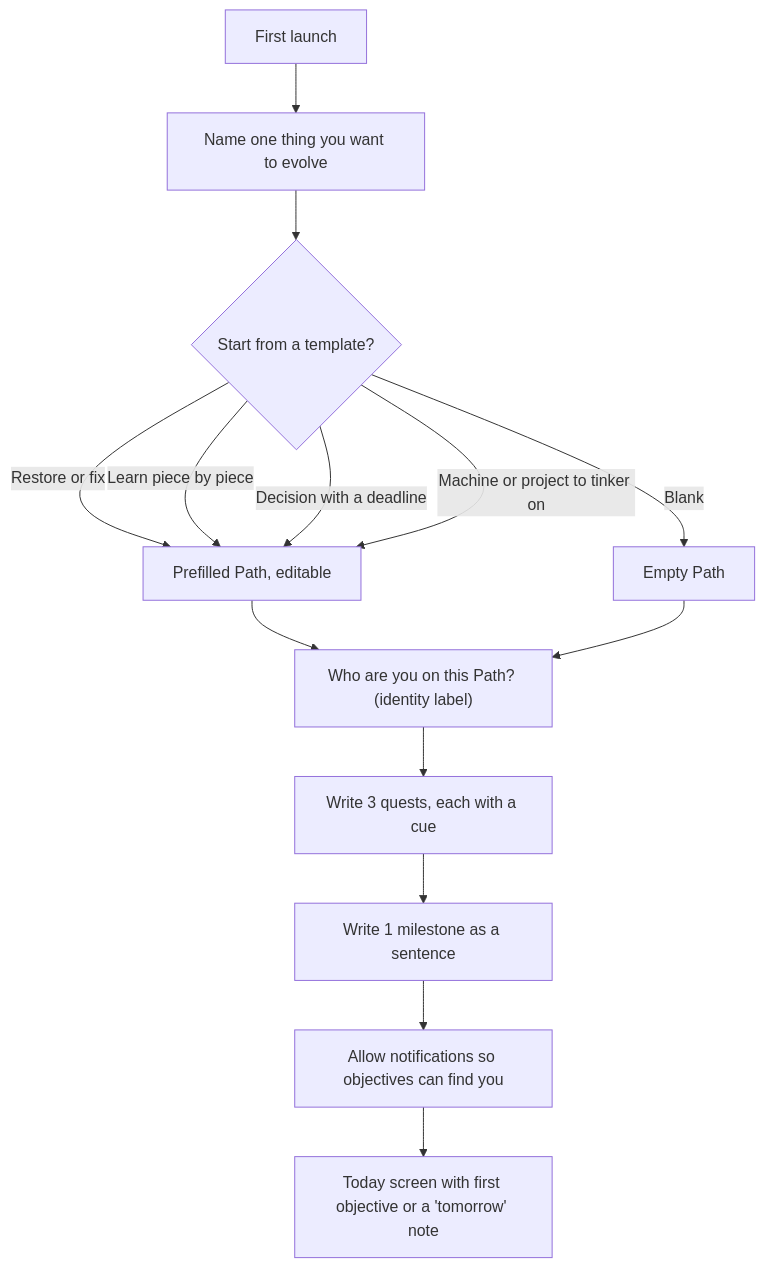
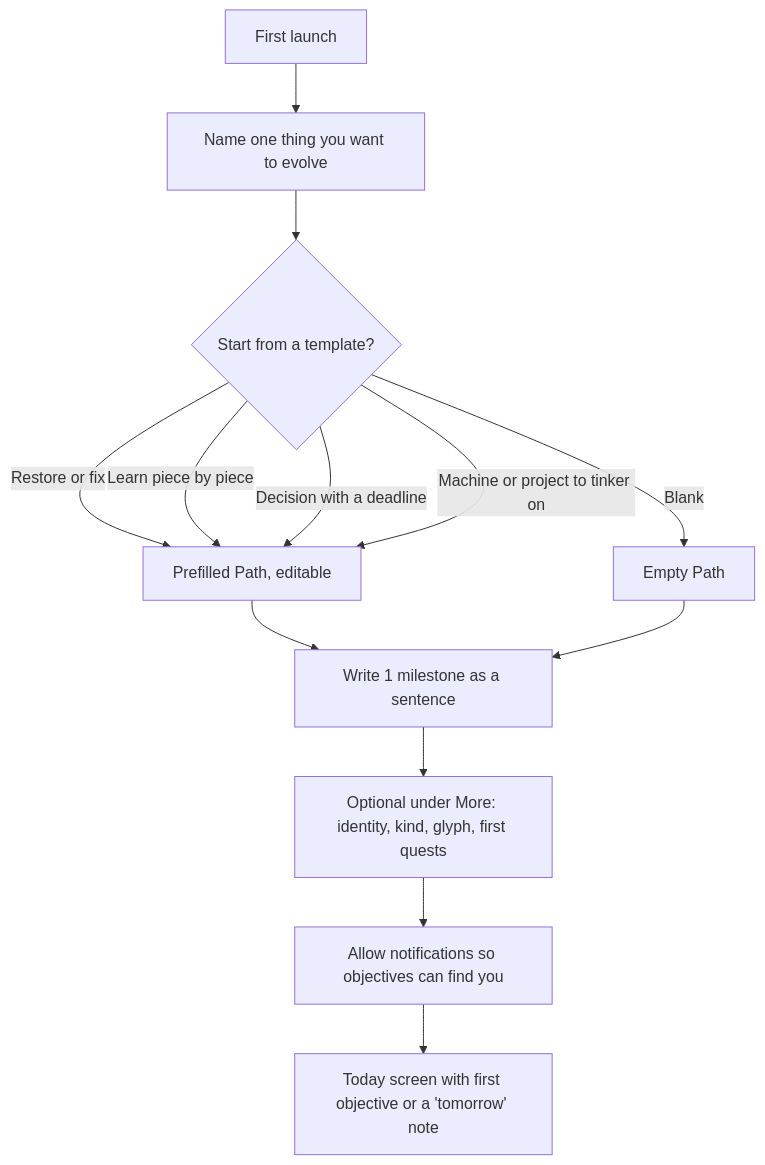
The first of 6 diagrams in docs/screens-and-flows.md (nabil144/life-is-a-game), drawn with Mermaid before and after one commit. The commit also changed other lines of this file and 3 other files, not shown here.

````diff
--- a/docs/screens-and-flows.md
+++ b/docs/screens-and-flows.md
@@ -18,16 +20,15 @@
 ```mermaid
 flowchart TD
   Launch[First launch] --> Ask["Name one thing you want to evolve"]
   Ask --> Template{"Start from a template?"}
   Template -->|Restore or fix| Fill[Prefilled Path, editable]
   Template -->|Learn piece by piece| Fill
   Template -->|Decision with a deadline| Fill
   Template -->|Machine or project to tinker on| Fill
   Template -->|Blank| Empty[Empty Path]
-  Fill --> Identity["Who are you on this Path? (identity label)"]
-  Empty --> Identity
-  Identity --> Quests["Write 3 quests, each with a cue"]
-  Quests --> Milestone["Write 1 milestone as a sentence"]
-  Milestone --> Notify["Allow notifications so objectives can find you"]
+  Fill --> Milestone["Write 1 milestone as a sentence"]
+  Empty --> Milestone
+  Milestone --> More["Optional under More: identity, kind, glyph, first quests"]
+  More --> Notify["Allow notifications so objectives can find you"]
   Notify --> Today[Today screen with first objective or a 'tomorrow' note]
 ```
````
